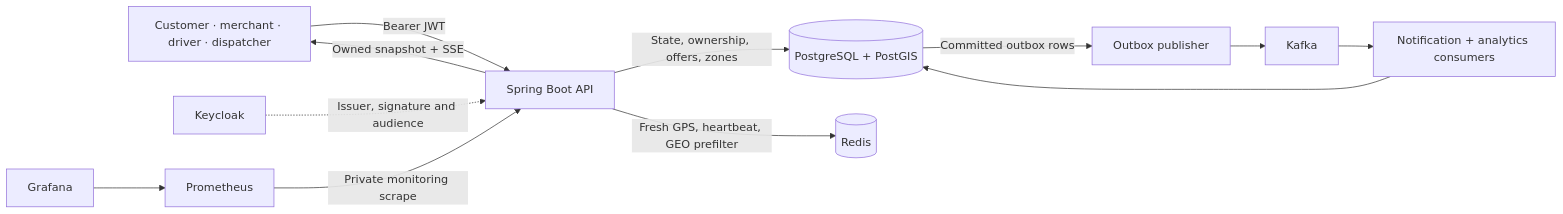
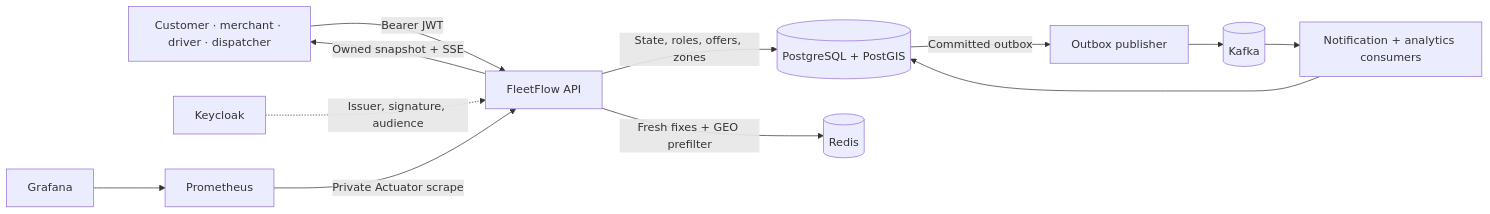
One commit to Omar-Mega-Byte/fleetflow changed the first of 4 diagrams in README.md. Above: the diagram before and after it, drawn with Mermaid. The commit also changed other lines of this file and 6 other files, not shown here.

Commit message:
docs: elevate FleetFlow README with dispatch hero and API gallery

````diff
--- a/README.md
+++ b/README.md
@@ -38,14 +60,14 @@
 ```mermaid
 flowchart LR
-    A[Customer · merchant · driver · dispatcher] -->|Bearer JWT| API[Spring Boot API]
-    KC[Keycloak] -.->|Issuer, signature and audience| API
-    API -->|State, ownership, offers, zones| PG[(PostgreSQL + PostGIS)]
-    API -->|Fresh GPS, heartbeat, GEO prefilter| R[(Redis)]
-    PG -->|Committed outbox rows| PUB[Outbox publisher]
-    PUB --> K[Kafka]
-    K --> C[Notification + analytics consumers]
-    C --> PG
-    API -->|Owned snapshot + SSE| A
-    M[Prometheus] -->|Private monitoring scrape| API
-    G[Grafana] --> M
+  Actors[Customer · merchant · driver · dispatcher] -->|Bearer JWT| API[FleetFlow API]
+  KC[Keycloak] -.->|Issuer, signature, audience| API
+  API -->|State, roles, offers, zones| PG[(PostgreSQL + PostGIS)]
+  API -->|Fresh fixes + GEO prefilter| Redis[(Redis)]
+  PG -->|Committed outbox| Publisher[Outbox publisher]
+  Publisher --> Kafka[(Kafka)]
+  Kafka --> Consumers[Notification + analytics consumers]
+  Consumers --> PG
+  API -->|Owned snapshot + SSE| Actors
+  Prom[Prometheus] -->|Private Actuator scrape| API
+  Grafana[Grafana] --> Prom
 ```
````
